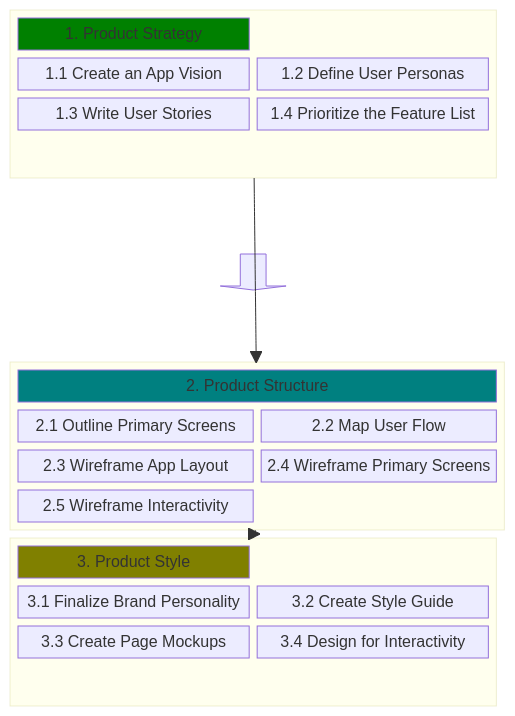
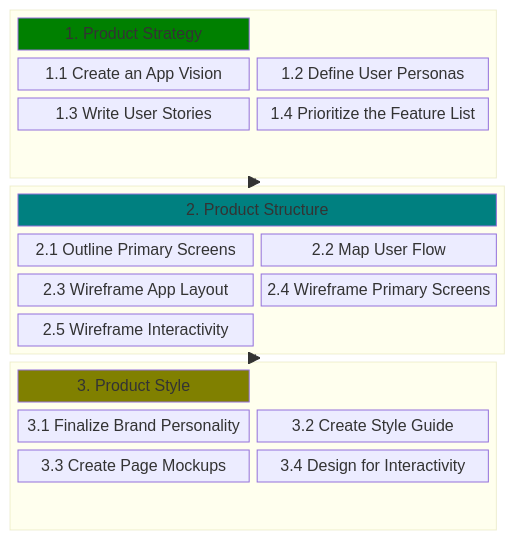
One commit to chingu-voyages/Handbook changed the diagram in docs/resources/techresources/uiux.md. Above: the diagram before and after it, drawn with Mermaid.

Commit message:
Feature: Add UI/UX workflow process template

````diff
--- a/docs/resources/techresources/uiux.md
+++ b/docs/resources/techresources/uiux.md
@@ -15,37 +15,36 @@
 ```mermaid
 block-beta
 columns 1
   block:STRATEGY
     columns 2
     A["1. Product Strategy"]:2
     B["1.1 Create an App Vision"]
     C["1.2 Define User Personas"]
     D["1.3 Write User Stories"]
     E["1.4 Prioritize the Feature List"]
     space
   end
-  blockArrowA<["&nbsp;&nbsp;&nbsp;&nbsp;"]>(down)
   block:STRUCTURE
     columns 2
     G["2. Product Structure"]:2
     H["2.1 Outline Primary Screens"]
     I["2.2 Map User Flow"]
     J["2.3 Wireframe App Layout"]
     K["2.4 Wireframe Primary Screens"]
     L["2.5 Wireframe Interactivity"]
   end
   block:STYLE
     columns 2
     M["3. Product Style"]:2
     N["3.1 Finalize Brand Personality"]
     O["3.2 Create Style Guide"]
     P["3.3 Create Page Mockups"]
     Q["3.4 Design for Interactivity"]
     space
   end
   STRATEGY --> STRUCTURE
   STRUCTURE --> STYLE
   style A fill:#008000
   style G fill:#008080
   style M fill:#808000
 ```
````
